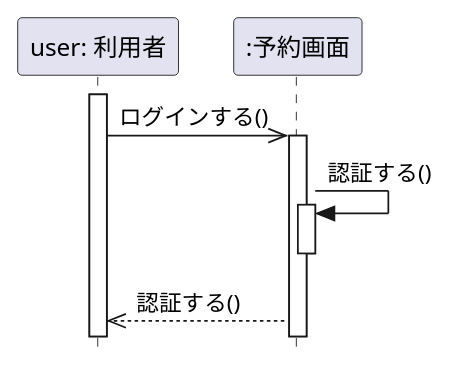
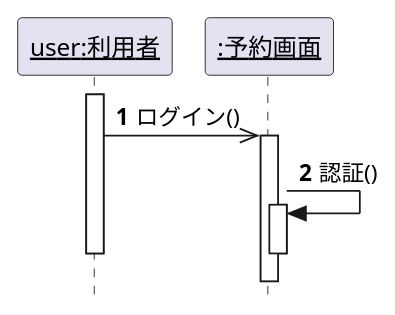
The diagram in 演習4-2_SD_利用者と予約画面.pu (Takhshi/uml-introduction), drawn with PlantUML before and after one commit. The commit also changed 1 other file, not shown here.

```diff
--- a/演習4-2_SD_利用者と予約画面.pu
+++ b/演習4-2_SD_利用者と予約画面.pu
@@ -1,15 +1,16 @@
 @startuml 利用者と予約画面
 hide footbox
 skinparam style strictuml
-participant "user: 利用者" as user
-participant ":予約画面" as reserve
-
-activate user
-    user ->> reserve: ログインする()
-    activate reserve
-        reserve -> reserve: 認証する()
-        activate reserve
-    deactivate reserve
-    user <<-- reserve: 認証する()
+participant "<u>user:利用者</u>" as user
+participant "<u>:予約画面</u>" as yoyaku
+autonumber
+activate  user
+user ->> yoyaku : ログイン()
+  activate  yoyaku
+    yoyaku -> yoyaku : 認証()
+    activate  yoyaku
+    ' yoyaku --> yoyaku 
+  deactivate  yoyaku
+deactivate user
 
 @enduml
```
